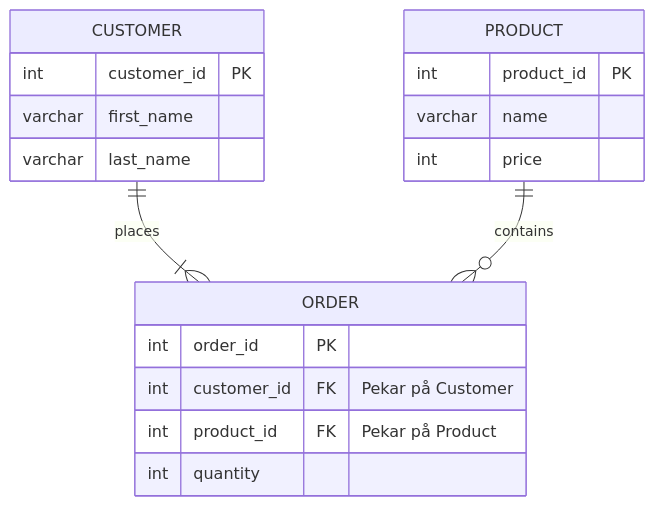
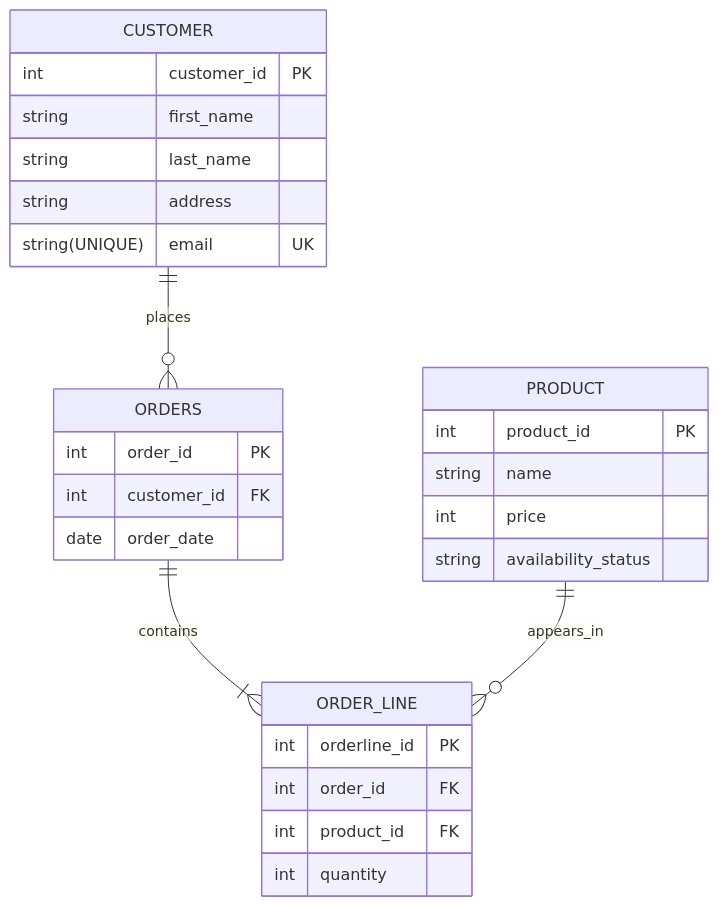
One commit to JohnnyHyytiainen/data_modeling_DE25_johnny_hyytiainen changed the diagram in lecture_04/ezecream_physical_data_model.mmd. Above: the diagram before and after it, drawn with Mermaid. The commit also changed 3 other files, not shown here.

```diff
--- a/lecture_04/ezecream_physical_data_model.mmd
+++ b/lecture_04/ezecream_physical_data_model.mmd
@@ -1,22 +1,32 @@
 erDiagram
-    CUSTOMER ||--|{ ORDER : places
-    PRODUCT ||--o{ ORDER : contains
+    CUSTOMER ||--o{ ORDERS : places
+    ORDERS  ||--|{ ORDER_LINE : contains
+    PRODUCT ||--o{ ORDER_LINE : appears_in
 
     CUSTOMER {
         int customer_id PK
-        varchar first_name
-        varchar last_name
+        string first_name
+        string last_name
+        string address
+        string(UNIQUE) email UK
+    }
+
+    ORDERS {
+        int order_id PK
+        int customer_id FK
+        date order_date
     }
 
     PRODUCT {
         int product_id PK
-        varchar name
+        string name
         int price
+        string availability_status
     }
 
-    ORDER {
-        int order_id PK
-        int customer_id FK "Pekar på Customer"
-        int product_id FK "Pekar på Product"
+    ORDER_LINE {
+        int orderline_id PK
+        int order_id FK
+        int product_id FK
         int quantity
     }
```
